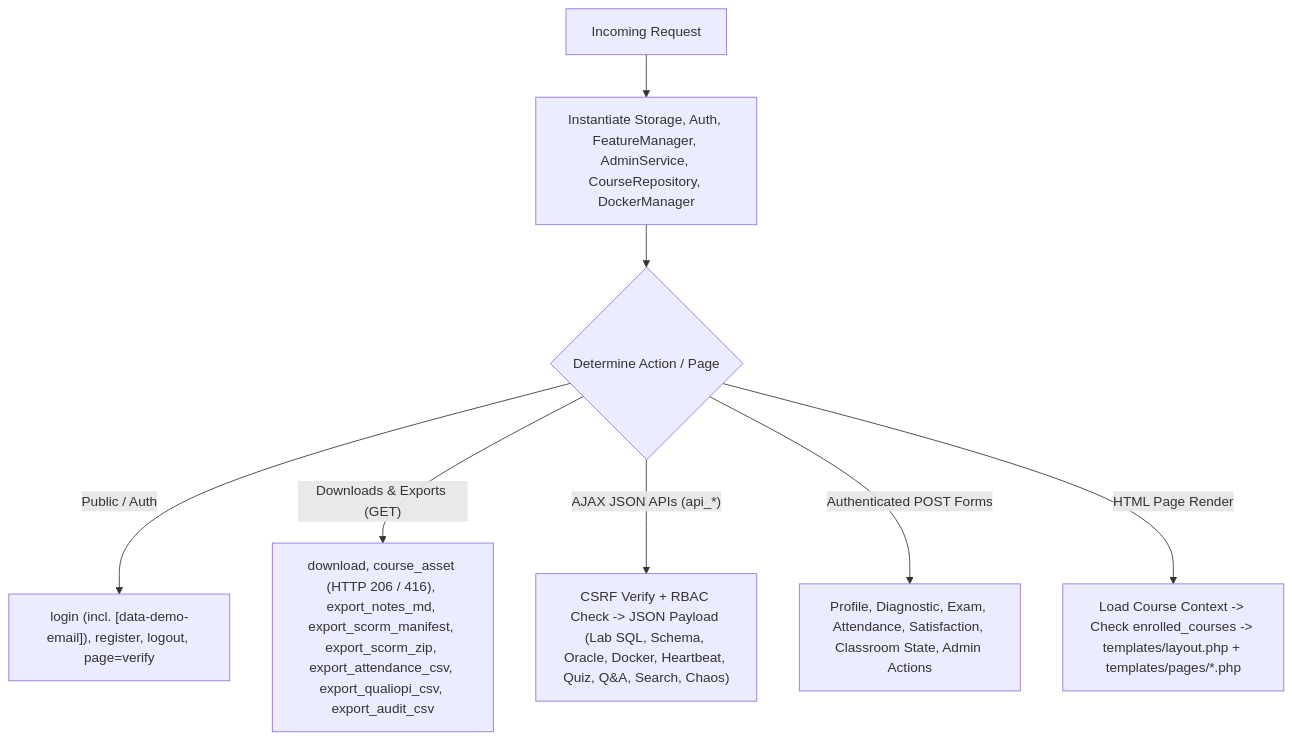
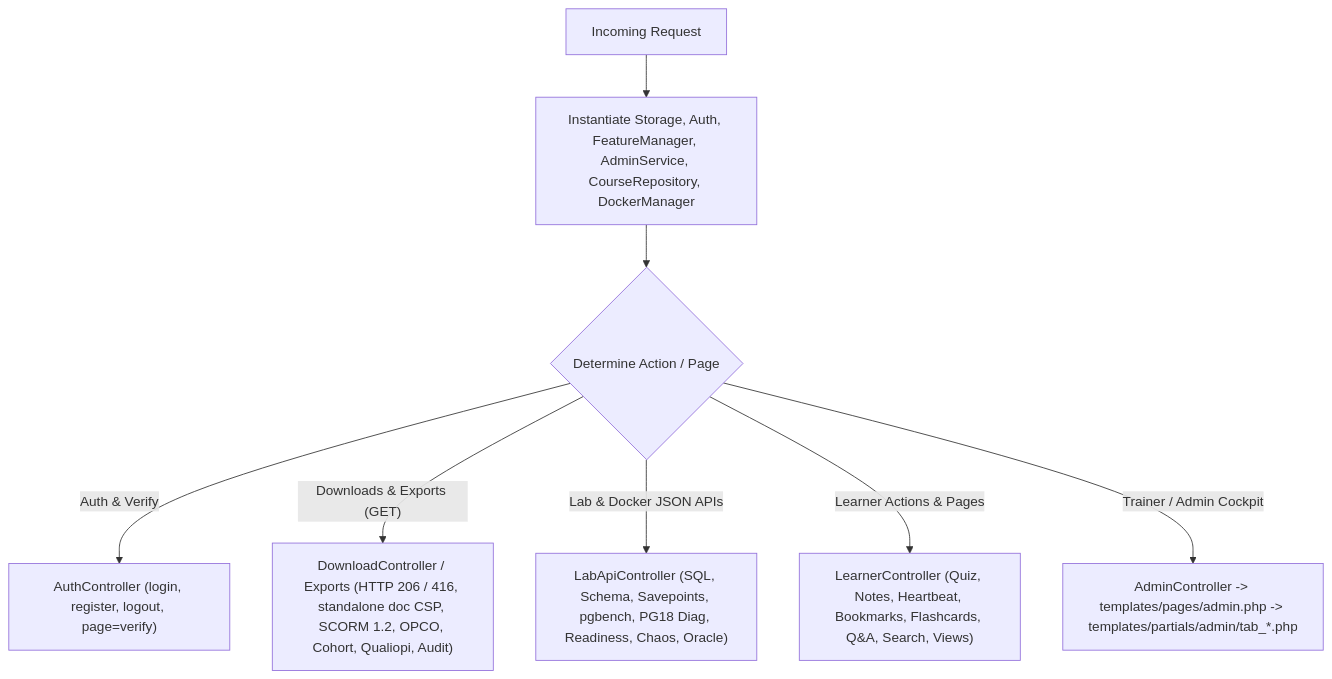
One commit to jmrenouard/lightpath-training-portal changed the second of 3 diagrams in docs/ARCHITECTURE.md. Above: the diagram before and after it, drawn with Mermaid. The commit also changed other lines of this file and 64 other files, not shown here.

````diff
--- a/docs/ARCHITECTURE.md
+++ b/docs/ARCHITECTURE.md
@@ -37,10 +38,10 @@
 ```mermaid
 flowchart TD
     REQ["Incoming Request"] --> INIT["Instantiate Storage, Auth, FeatureManager, AdminService, CourseRepository, DockerManager"]
     INIT --> ROUTE{"Determine Action / Page"}
-    ROUTE -->|"Public / Auth"| AUTH_ACT["login (incl. [data-demo-email]), register, logout, page=verify"]
-    ROUTE -->|"Downloads & Exports (GET)"| DL["download, course_asset (HTTP 206 / 416), export_notes_md, export_scorm_manifest, export_scorm_zip, export_attendance_csv, export_qualiopi_csv, export_audit_csv"]
-    ROUTE -->|"AJAX JSON APIs (api_*)"| API["CSRF Verify + RBAC Check -> JSON Payload (Lab SQL, Schema, Oracle, Docker, Heartbeat, Quiz, Q&A, Search, Chaos)"]
-    ROUTE -->|"Authenticated POST Forms"| POST["Profile, Diagnostic, Exam, Attendance, Satisfaction, Classroom State, Admin Actions"]
-    ROUTE -->|"HTML Page Render"| VIEW["Load Course Context -> Check enrolled_courses -> templates/layout.php + templates/pages/*.php"]
+    ROUTE -->|"Auth & Verify"| AUTH_ACT["AuthController (login, register, logout, page=verify)"]
+    ROUTE -->|"Downloads & Exports (GET)"| DL["DownloadController / Exports (HTTP 206 / 416, standalone doc CSP, SCORM 1.2, OPCO, Cohort, Qualiopi, Audit)"]
+    ROUTE -->|"Lab & Docker JSON APIs"| LAB_API["LabApiController (SQL, Schema, Savepoints, pgbench, PG18 Diag, Readiness, Chaos, Oracle)"]
+    ROUTE -->|"Learner Actions & Pages"| LEARN["LearnerController (Quiz, Notes, Heartbeat, Bookmarks, Flashcards, Q&A, Search, Views)"]
+    ROUTE -->|"Trainer / Admin Cockpit"| ADM["AdminController -> templates/pages/admin.php -> templates/partials/admin/tab_*.php"]
 ```
````
